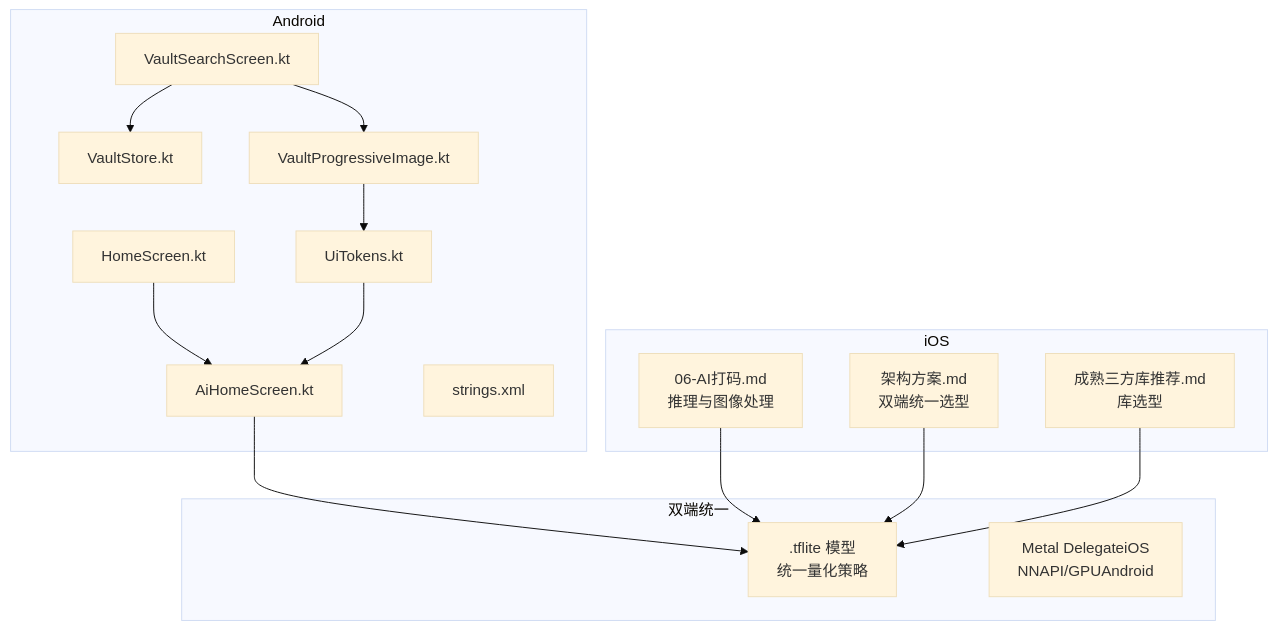
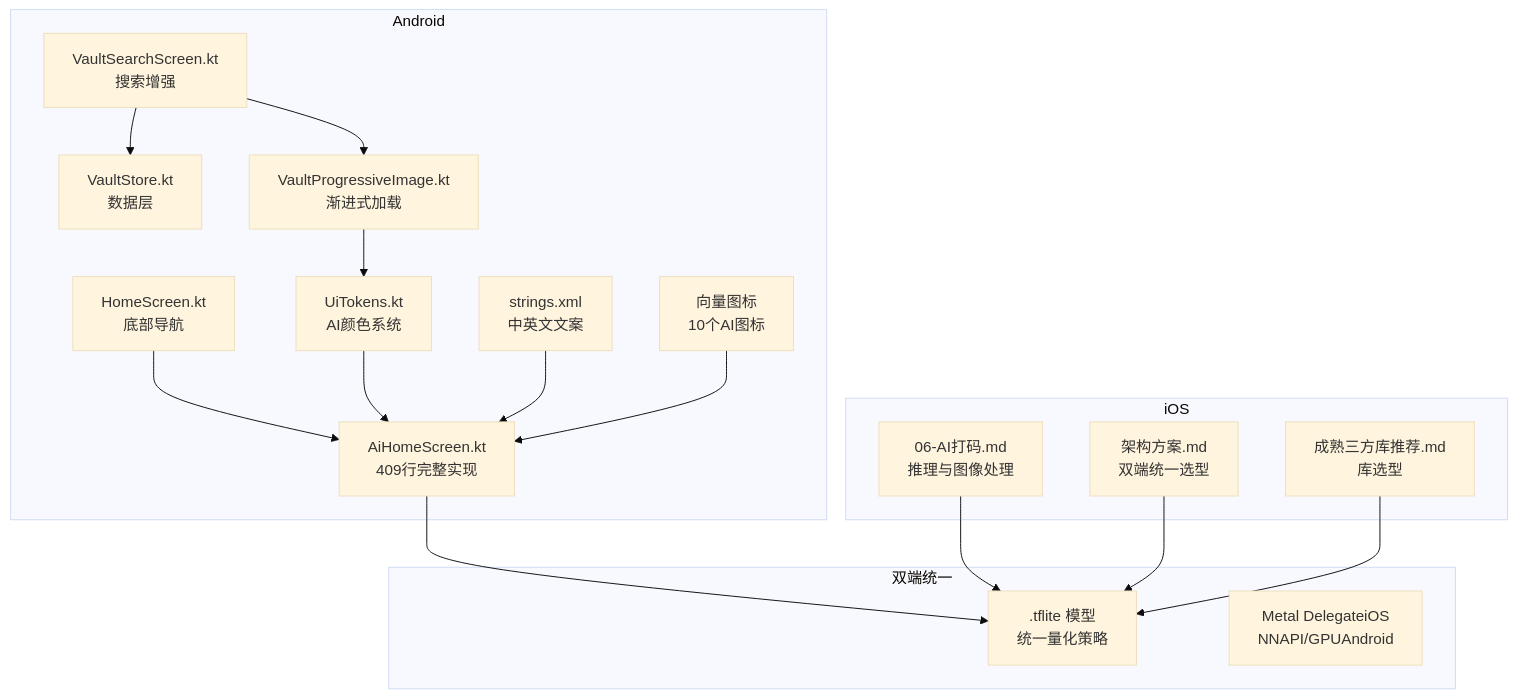
Before and after one commit to wanhongbo/ai-photo-vault: the second of 9 diagrams in .qoder/repowiki/zh/content/核心功能模块/AI功能系统.md, drawn with Mermaid (base theme). The commit also changed other lines of this file and 9 other files, not shown here.

````diff
--- a/.qoder/repowiki/zh/content/核心功能模块/AI功能系统.md
+++ b/.qoder/repowiki/zh/content/核心功能模块/AI功能系统.md
@@ -120,30 +133,33 @@
 ```mermaid
 graph TB
 subgraph "双端统一"
 TFLite[".tflite 模型<br/>统一量化策略"]
 Metal["Metal DelegateiOS<br/>NNAPI/GPUAndroid"]
 end
 subgraph "Android"
-A1["AiHomeScreen.kt"]
-A2["HomeScreen.kt"]
-A3["VaultSearchScreen.kt"]
-A4["VaultStore.kt"]
-A5["VaultProgressiveImage.kt"]
-A6["UiTokens.kt"]
-A7["strings.xml"]
+A1["AiHomeScreen.kt<br/>409行完整实现"]
+A2["HomeScreen.kt<br/>底部导航"]
+A3["VaultSearchScreen.kt<br/>搜索增强"]
+A4["VaultStore.kt<br/>数据层"]
+A5["VaultProgressiveImage.kt<br/>渐进式加载"]
+A6["UiTokens.kt<br/>AI颜色系统"]
+A7["strings.xml<br/>中英文文案"]
+A8["向量图标<br/>10个AI图标"]
 end
 subgraph "iOS"
 I1["06-AI打码.md<br/>推理与图像处理"]
 I2["架构方案.md<br/>双端统一选型"]
 I3["成熟三方库推荐.md<br/>库选型"]
 end
 A1 --> TFLite
 A2 --> A1
 A3 --> A4
 A3 --> A5
 A5 --> A6
 A6 --> A1
+A7 --> A1
+A8 --> A1
 I1 --> TFLite
 I2 --> TFLite
 I3 --> TFLite
 ```
````
